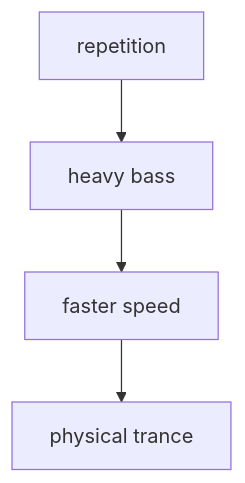
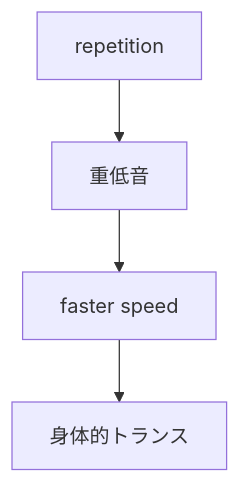
One commit to monumental-movement/monumental-movement.github.io changed the fourth of 6 diagrams in en/_posts/2026-04-18-column-hawkwind.md. Above: the diagram before and after it, drawn with Mermaid. The commit also changed other lines of this file and 2196 other files, not shown here.

```diff
--- a/en/_posts/2026-04-18-column-hawkwind.md
+++ b/en/_posts/2026-04-18-column-hawkwind.md
@@ -144,6 +144,6 @@
 <div class="mermaid">
 graph TD
-A[repetition] --> B[heavy bass]
+A[repetition] --> B[重低音]
 B --> C[faster speed]
-C --> D[physical trance]
+C --> D[身体的トランス]
 </div>
```
